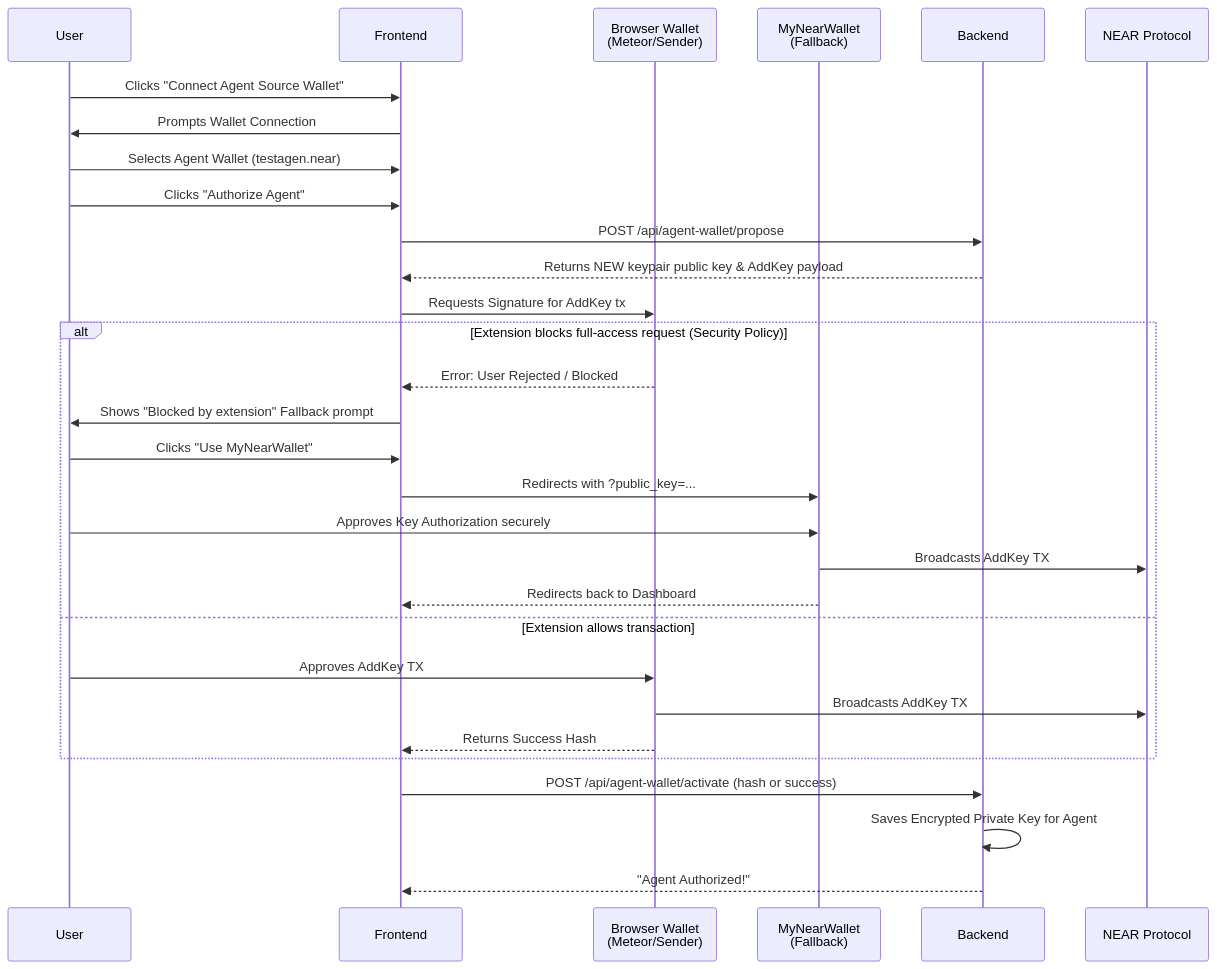
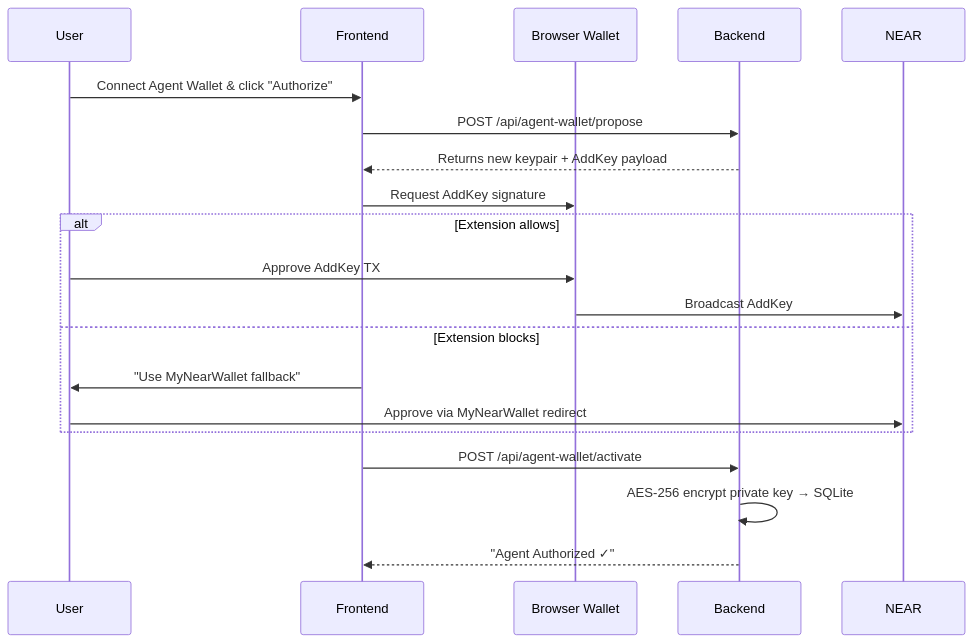
The second of 11 diagrams in README.md (TheDarrk/N-agent), drawn with Mermaid before and after one commit. The commit also changed other lines of this file and 24 other files, not shown here.

Commit message:
feat: dedicated chat history database with sidebar UI, agent wallet persistence across refresh, parallel crawler & clean email design

````diff
--- a/README.md
+++ b/README.md
@@ -79,37 +110,23 @@
 ```mermaid
 sequenceDiagram
     participant User
     participant Frontend
-    participant Extension as Browser Wallet<br>(Meteor/Sender)
-    participant MyNear as MyNearWallet<br>(Fallback)
+    participant Wallet as Browser Wallet
     participant Backend
-    participant NEAR as NEAR Protocol
+    participant NEAR
 
-    User->>Frontend: Clicks "Connect Agent Source Wallet"
-    Frontend->>User: Prompts Wallet Connection
-    User->>Frontend: Selects Agent Wallet (testagen.near)
-    
-    User->>Frontend: Clicks "Authorize Agent"
+    User->>Frontend: Connect Agent Wallet & click "Authorize"
     Frontend->>Backend: POST /api/agent-wallet/propose
-    Backend-->>Frontend: Returns NEW keypair public key & AddKey payload
-    
-    Frontend->>Extension: Requests Signature for AddKey tx
-    
-    alt Extension blocks full-access request (Security Policy)
-        Extension-->>Frontend: Error: User Rejected / Blocked
-        Frontend->>User: Shows "Blocked by extension" Fallback prompt
-        User->>Frontend: Clicks "Use MyNearWallet"
-        Frontend->>MyNear: Redirects with ?public_key=...
-        User->>MyNear: Approves Key Authorization securely
-        MyNear->>NEAR: Broadcasts AddKey TX
-        MyNear-->>Frontend: Redirects back to Dashboard
-    else Extension allows transaction
-        User->>Extension: Approves AddKey TX
-        Extension->>NEAR: Broadcasts AddKey TX
-        Extension-->>Frontend: Returns Success Hash
+    Backend-->>Frontend: Returns new keypair + AddKey payload
+    Frontend->>Wallet: Request AddKey signature
+    alt Extension allows
+        User->>Wallet: Approve AddKey TX
+        Wallet->>NEAR: Broadcast AddKey
+    else Extension blocks
+        Frontend->>User: "Use MyNearWallet fallback"
+        User->>NEAR: Approve via MyNearWallet redirect
     end
-    
-    Frontend->>Backend: POST /api/agent-wallet/activate (hash or success)
-    Backend->>Backend: Saves Encrypted Private Key for Agent
-    Backend-->>Frontend: "Agent Authorized!"
+    Frontend->>Backend: POST /api/agent-wallet/activate
+    Backend->>Backend: AES-256 encrypt private key → SQLite
+    Backend-->>Frontend: "Agent Authorized ✓"
 ```
````
